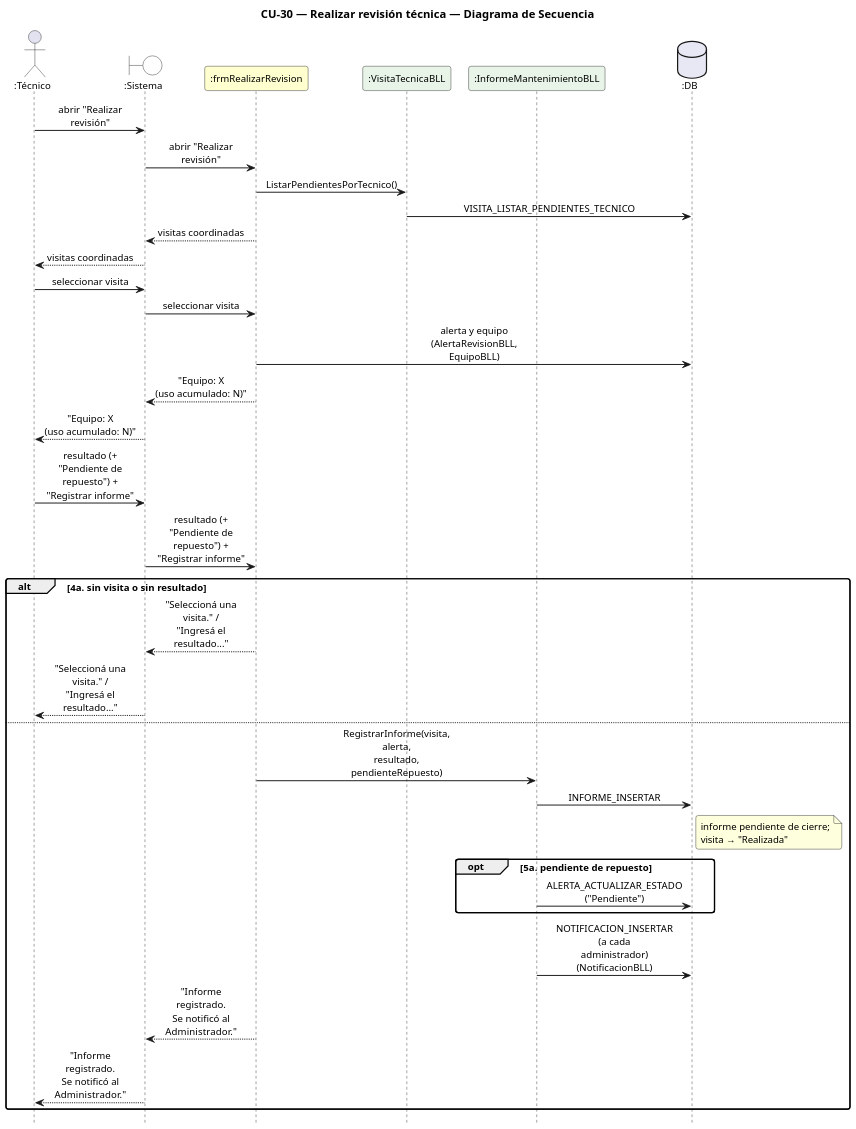
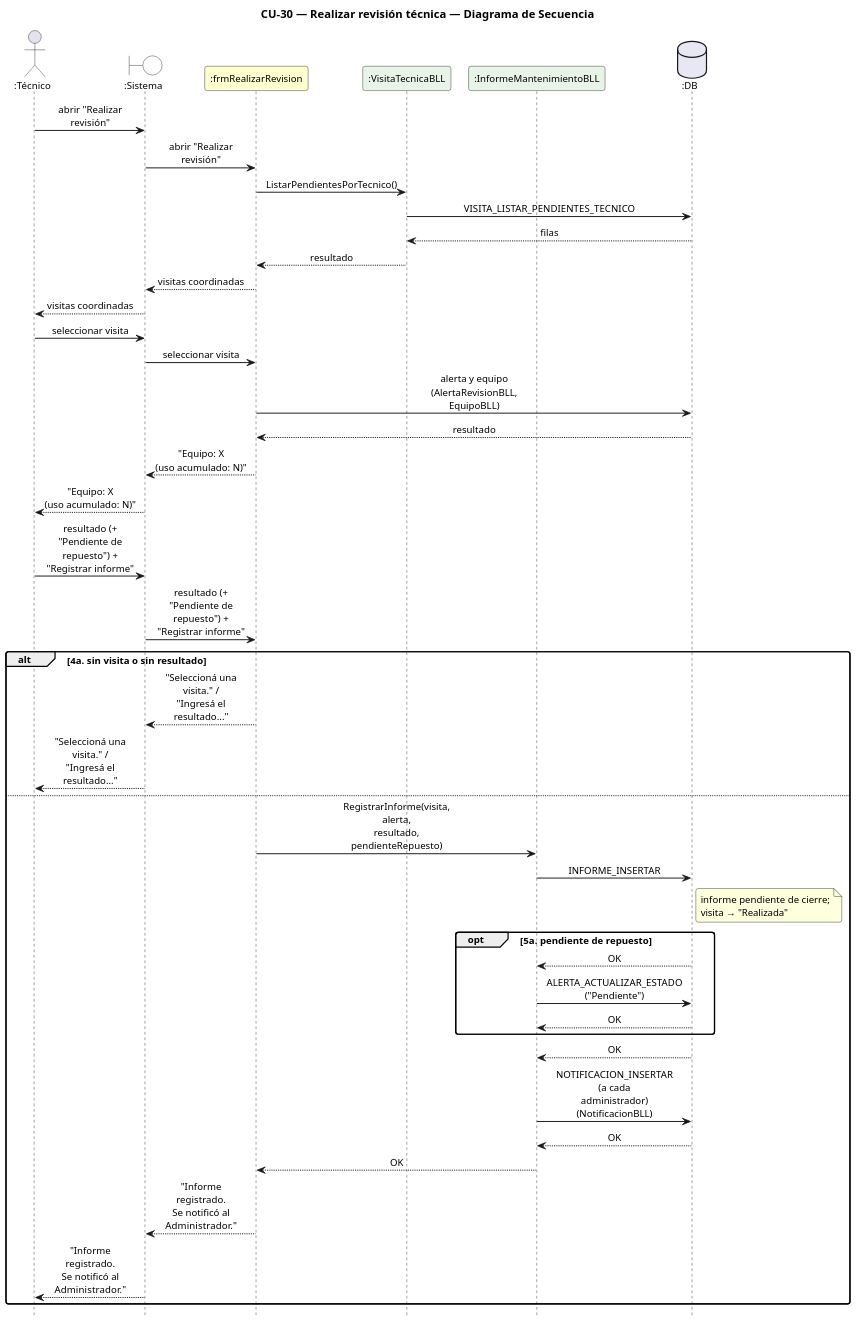
One commit to Urrels/ingenieria_software changed the diagram in DIAGRAMAS/DiagramaSecuencia_CU30_RealizarRevision.puml. Above: the diagram before and after it, drawn with PlantUML. The commit also changed 104 other files, not shown here.

First line of the commit message:
Instalador en un clic, retornos en los diagramas y CU separados en alta/baja/modificación

```diff
--- a/DIAGRAMAS/DiagramaSecuencia_CU30_RealizarRevision.puml
+++ b/DIAGRAMAS/DiagramaSecuencia_CU30_RealizarRevision.puml
@@ -1,51 +1,59 @@
 @startuml DiagramaSecuencia_CU30_RealizarRevision
 
 title CU-30 — Realizar revisión técnica — Diagrama de Secuencia
 
 skinparam shadowing false
 skinparam roundcorner 6
 skinparam sequenceArrowThickness 1.2
 skinparam ParticipantPadding 6
 skinparam BoxPadding 4
 skinparam maxMessageSize 115
 skinparam sequenceMessageAlign center
 skinparam defaultFontSize 12
 skinparam dpi 140
 hide footbox
 
 actor ":Técnico" as T
 boundary ":Sistema" as SYS #FFFFFF
 participant ":frmRealizarRevision" as F #FEFECE
 participant ":VisitaTecnicaBLL" as VB #E8F4E8
 participant ":InformeMantenimientoBLL" as IB #E8F4E8
 database ":DB" as DB #E8E8F4
 
 T -> SYS : abrir "Realizar revisión"
 SYS -> F : abrir "Realizar revisión"
 F -> VB : ListarPendientesPorTecnico()
 VB -> DB : VISITA_LISTAR_PENDIENTES_TECNICO
+DB --> VB : filas
+VB --> F : resultado
 F --> SYS : visitas coordinadas
 SYS --> T : visitas coordinadas
 T -> SYS : seleccionar visita
 SYS -> F : seleccionar visita
 F -> DB : alerta y equipo\n(AlertaRevisionBLL, EquipoBLL)
+DB --> F : resultado
 F --> SYS : "Equipo: X\n(uso acumulado: N)"
 SYS --> T : "Equipo: X\n(uso acumulado: N)"
 T -> SYS : resultado (+ "Pendiente de\nrepuesto") + "Registrar informe"
 SYS -> F : resultado (+ "Pendiente de\nrepuesto") + "Registrar informe"
 alt 4a. sin visita o sin resultado
   F --> SYS : "Seleccioná una visita." /\n"Ingresá el resultado..."
   SYS --> T : "Seleccioná una visita." /\n"Ingresá el resultado..."
 else
   F -> IB : RegistrarInforme(visita, alerta,\nresultado, pendienteRepuesto)
   IB -> DB : INFORME_INSERTAR
   note right of DB : informe pendiente de cierre;\nvisita → "Realizada"
   opt 5a. pendiente de repuesto
+    DB --> IB : OK
     IB -> DB : ALERTA_ACTUALIZAR_ESTADO\n("Pendiente")
+    DB --> IB : OK
   end
+  DB --> IB : OK
   IB -> DB : NOTIFICACION_INSERTAR\n(a cada administrador)\n(NotificacionBLL)
+  DB --> IB : OK
+  IB --> F : OK
   F --> SYS : "Informe registrado.\nSe notificó al Administrador."
   SYS --> T : "Informe registrado.\nSe notificó al Administrador."
 end
 
 @enduml
```
